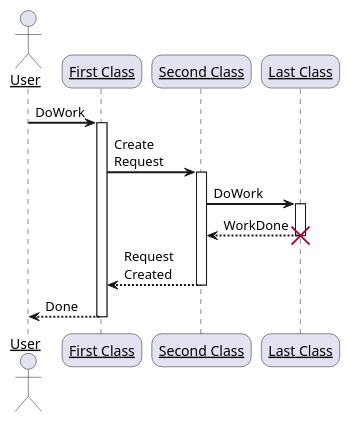
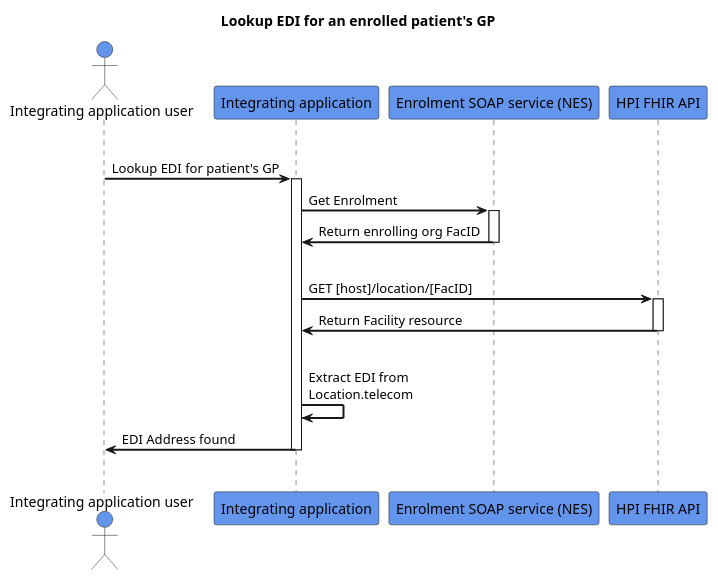
The diagram in input/images-source/test-sequence.plantuml (daniel-thomson/CIRImmunization), drawn with PlantUML before and after one commit.

Commit message:
diagram test

```diff
--- a/input/images-source/test-sequence.plantuml
+++ b/input/images-source/test-sequence.plantuml
@@ -1,28 +1,30 @@
 @startuml
 skinparam sequenceArrowThickness 2
-skinparam roundcorner 20
-skinparam maxmessagesize 60
-skinparam sequenceParticipant underline
+skinparam roundcorner 5
+skinparam maxmessagesize 180
+skinparam sequenceParticipant bold
 
-actor User
-participant "First Class" as A
-participant "Second Class" as B
-participant "Last Class" as C
+title Lookup EDI for an enrolled patient's GP
 
-User -> A: DoWork
+actor "Integrating application user" as User #CornflowerBlue
+participant "Integrating application" as A #CornflowerBlue
+participant "Enrolment SOAP service (NES)" as B #CornflowerBlue
+participant "HPI FHIR API" as C #CornflowerBlue
+|||
+User -> A: Lookup EDI for patient's GP
 activate A
-
-A -> B: Create Request
+A -> B: Get Enrolment
 activate B
-
-B -> C: DoWork
+B -> A: Return enrolling org FacID
+deactivate B
+|||
+A -> C: GET [host]/location/[FacID]
 activate C
-C --> B: WorkDone
-destroy C
-
-B --> A: Request Created
-deactivate B
-
-A --> User: Done
+C -> A: Return Facility resource
+deactivate C
+|||
+A -> A: Extract EDI from Location.telecom
+A -> User: EDI Address found
 deactivate A
+|||
 @enduml
```
